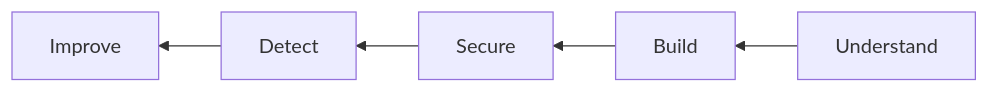
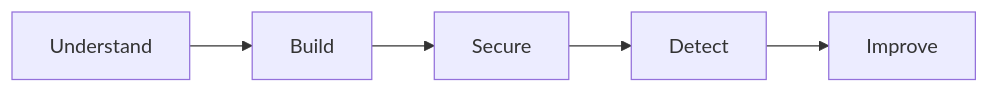
Before and after one commit to lxrider/saas-security-lab: the diagram in README.md, drawn with Mermaid.

Commit message:
Change flow direction in approach diagram

````diff
--- a/README.md
+++ b/README.md
@@ -51,7 +51,7 @@
 ```mermaid
-flowchart RL
+flowchart LR
     A["Understand"] --> B["Build"]
     B --> C["Secure"]
     C --> D["Detect"]
     D --> E["Improve"]
 ```
````
